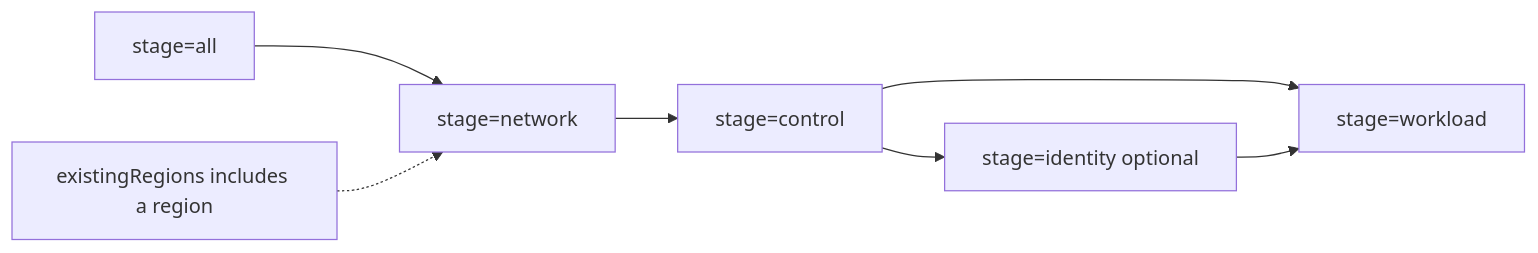
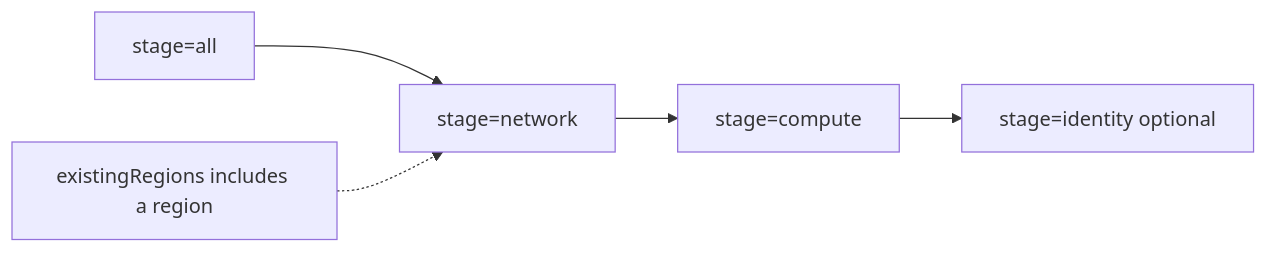
Before and after one commit to andriesdutoit-svg/azure-multiregion-lab: the diagram in docs/deployment.md, drawn with Mermaid. The commit also changed other lines of this file and 13 other files, not shown here.

````diff
--- a/docs/deployment.md
+++ b/docs/deployment.md
@@ -71,9 +70,7 @@
 ```mermaid
 flowchart LR
-  N[stage=network] --> C[stage=control]
+  N[stage=network] --> C[stage=compute]
   C --> I[stage=identity optional]
-  C --> W[stage=workload]
-  I --> W
   A[stage=all] --> N
   E[existingRegions includes a region] -.-> N
 ```
````
